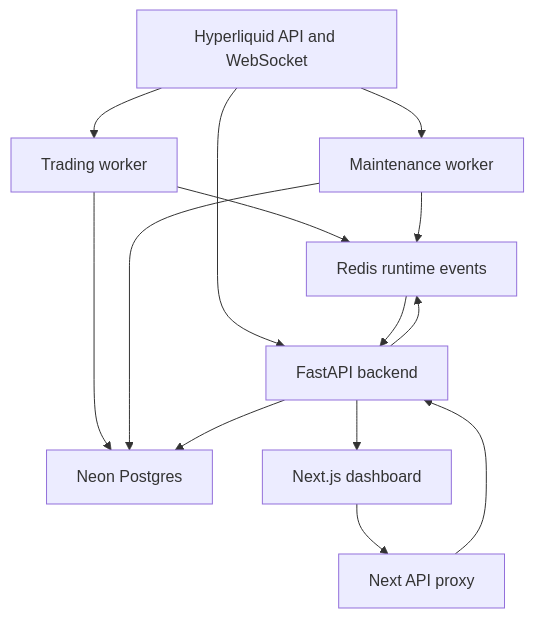
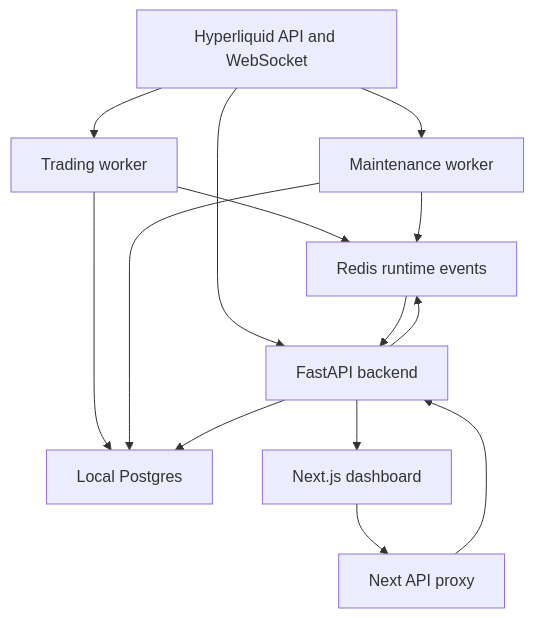
The first of 10 diagrams in docs/architecture.md (DrottPoker/copytrading-agent), drawn with Mermaid before and after one commit. The commit also changed other lines of this file and 10 other files, not shown here.

````diff
--- a/docs/architecture.md
+++ b/docs/architecture.md
@@ -7,19 +7,19 @@
 ```mermaid
 flowchart TD
   HL["Hyperliquid API and WebSocket"] --> TradingWorker["Trading worker"]
   HL --> MaintenanceWorker["Maintenance worker"]
   HL --> Backend["FastAPI backend"]
 
-  TradingWorker --> Postgres["Neon Postgres"]
+  TradingWorker --> Postgres["Local Postgres"]
   TradingWorker --> Redis["Redis runtime events"]
   MaintenanceWorker --> Postgres
   MaintenanceWorker --> Redis
 
   Backend --> Postgres
   Backend --> Redis
 
   Frontend["Next.js dashboard"] --> Proxy["Next API proxy"]
   Proxy --> Backend
   Redis --> Backend
   Backend --> Frontend
 ```
````
